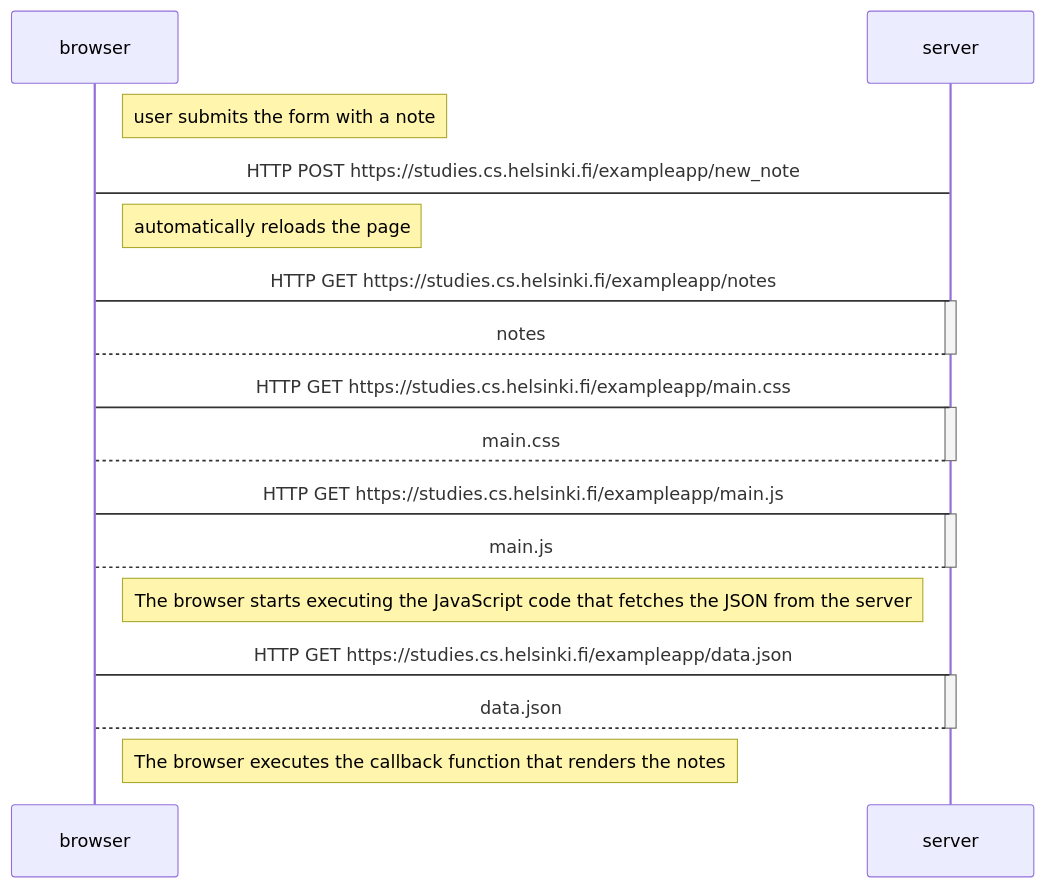
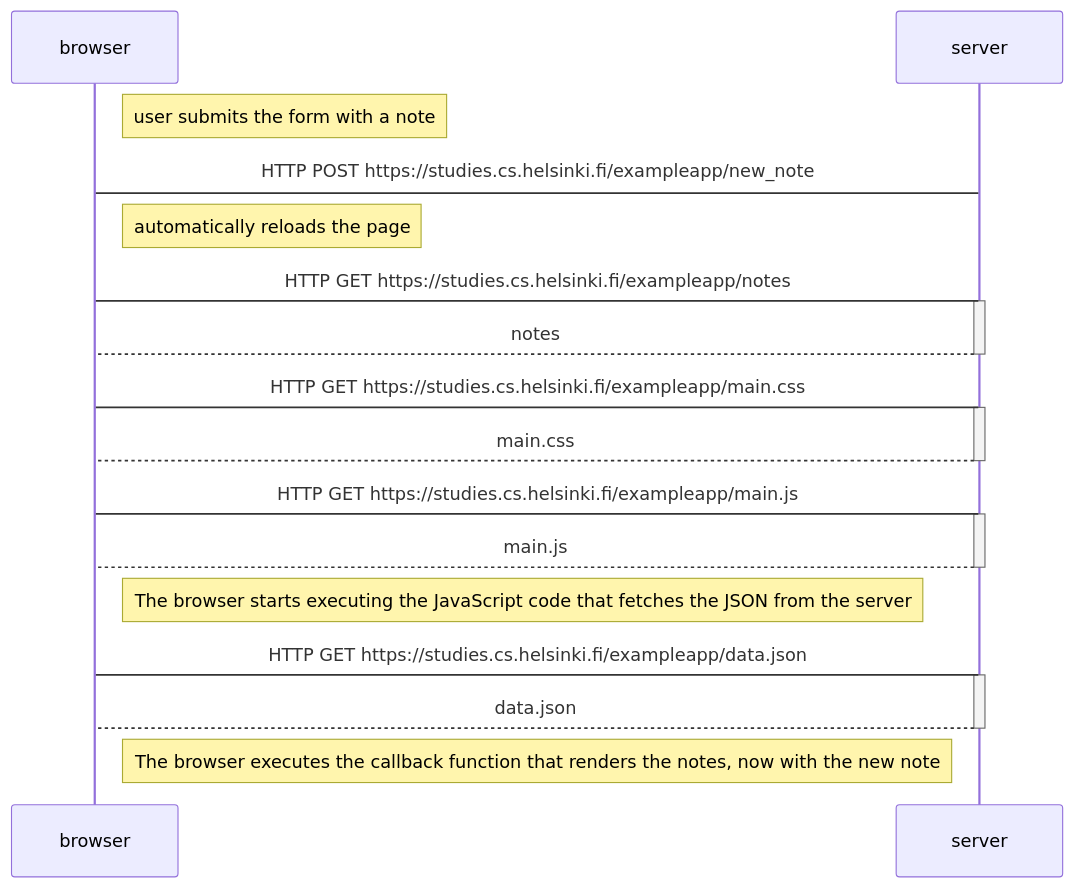
The diagram in part0/0_5.mermaid (ramichiesa/full_stack_open), drawn with Mermaid before and after one commit.

```diff
--- a/part0/0_5.mermaid
+++ b/part0/0_5.mermaid
@@ -1,32 +1,32 @@
 sequenceDiagram
   participant browser
   participant server
 
   Note right of browser: user submits the form with a note
   browser->server: HTTP POST https://studies.cs.helsinki.fi/exampleapp/new_note
 
   Note right of browser: automatically reloads the page
 
   browser->server: HTTP GET https://studies.cs.helsinki.fi/exampleapp/notes
   activate server
   server-->browser: notes
   deactivate server
 
   browser->server: HTTP GET https://studies.cs.helsinki.fi/exampleapp/main.css
   activate server
   server-->browser: main.css
   deactivate server
 
   browser->server: HTTP GET https://studies.cs.helsinki.fi/exampleapp/main.js
   activate server
   server-->browser: main.js
   deactivate server
 
   Note right of browser: The browser starts executing the JavaScript code that fetches the JSON from the server
 
   browser->server: HTTP GET https://studies.cs.helsinki.fi/exampleapp/data.json
   activate server
   server-->browser: data.json
   deactivate server
 
-  Note right of browser: The browser executes the callback function that renders the notes
+  Note right of browser: The browser executes the callback function that renders the notes, now with the new note
```
